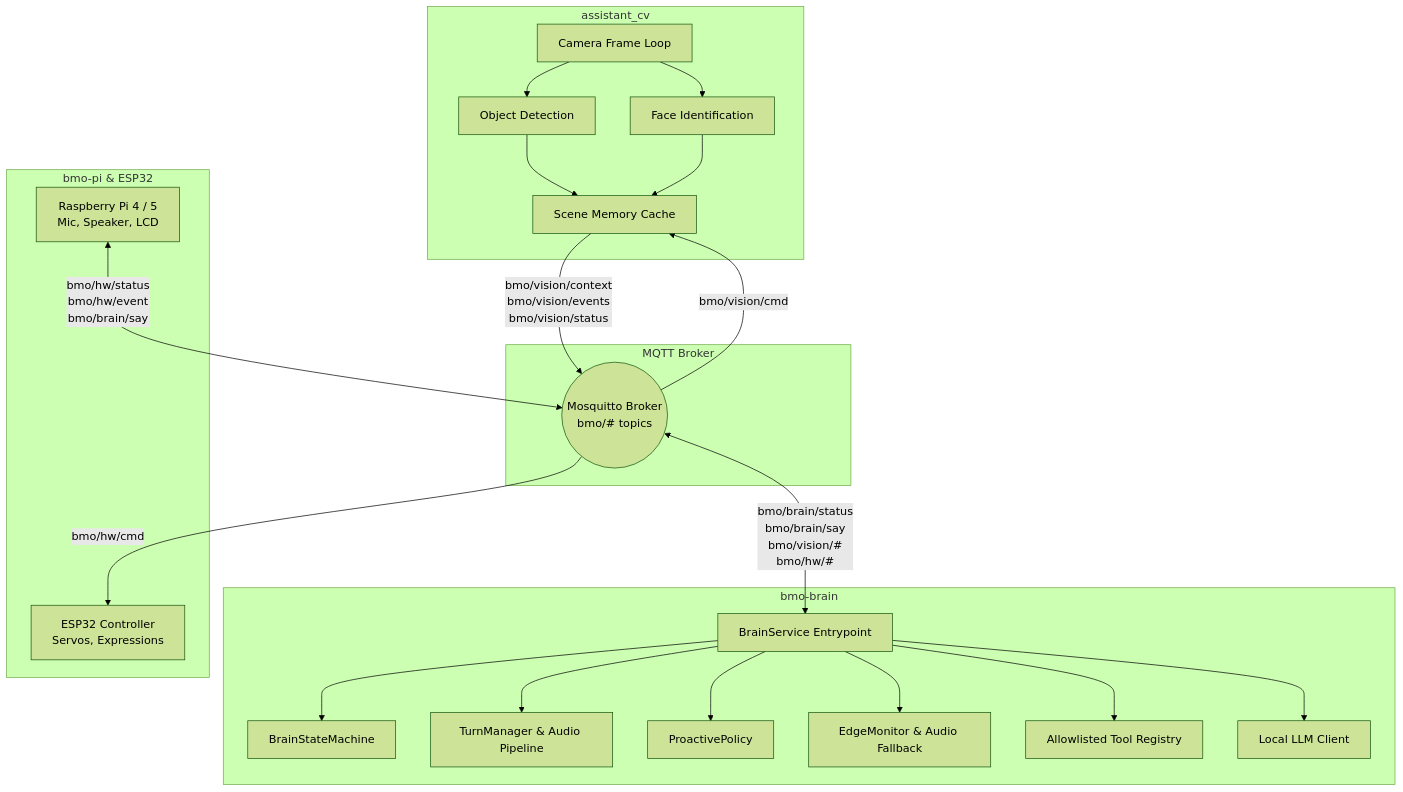
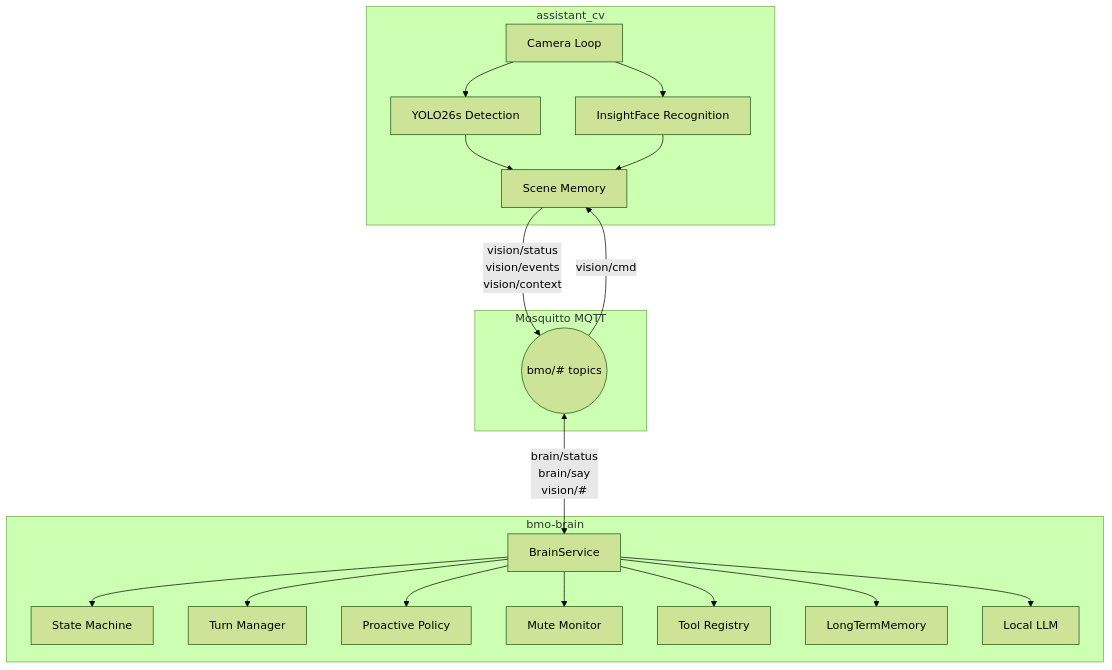
One commit to Amine-Sai/BMO-SMART-COMPANION changed the diagram in README.md. Above: the diagram before and after it, drawn with Mermaid (forest theme). The commit also changed other lines of this file and 1 other file, not shown here.

````diff
--- a/README.md
+++ b/README.md
@@ -9,40 +108,30 @@
 ```mermaid
 flowchart TD
-    subgraph Vision Node [assistant_cv]
-        CAM[Camera Frame Loop]
-        YOLO[Object Detection]
-        FACE[Face Identification]
-        MEM[Scene Memory Cache]
-        CAM --> YOLO & FACE
-        YOLO & FACE --> MEM
+    subgraph Vision[assistant_cv]
+        CAM[Camera Loop]
+        YOLO[YOLO26s Detection]
+        FACE[InsightFace Recognition]
+        MEM[Scene Memory]
+        CAM --> YOLO & FACE --> MEM
     end
 
-    subgraph Messaging [MQTT Broker]
-        BROKER((Mosquitto Broker\nbmo/# topics))
+    subgraph Broker[Mosquitto MQTT]
+        MQTT((bmo/# topics))
     end
 
-    subgraph Brain Node [bmo-brain]
-        B_MAIN[BrainService Entrypoint]
-        SM[BrainStateMachine]
-        TURN[TurnManager & Audio Pipeline]
-        POL[ProactivePolicy]
-        EDGE_MON[EdgeMonitor & Audio Fallback]
-        TOOLS[Allowlisted Tool Registry]
-        LLM[Local LLM Client]
-
-        B_MAIN --> SM & TURN & POL & EDGE_MON & TOOLS & LLM
+    subgraph Brain[bmo-brain]
+        MAIN[BrainService]
+        SM[State Machine]
+        TURN[Turn Manager]
+        POL[Proactive Policy]
+        MUTE[Mute Monitor]
+        TOOLS[Tool Registry]
+        LTM[LongTermMemory]
+        LLM[Local LLM]
+        MAIN --> SM & TURN & POL & MUTE & TOOLS & LTM & LLM
     end
 
-    subgraph Edge Body [bmo-pi & ESP32]
-        PI[Raspberry Pi 4 / 5\nMic, Speaker, LCD]
-        ESP[ESP32 Controller\nServos, Expressions]
-    end
-
-    MEM -->|bmo/vision/context\nbmo/vision/events\nbmo/vision/status| BROKER
-    BROKER -->|bmo/vision/cmd| MEM
-
-    BROKER <-->|bmo/brain/status\nbmo/brain/say\nbmo/vision/#\nbmo/hw/#| B_MAIN
-
-    PI <-->|bmo/hw/status\nbmo/hw/event\nbmo/brain/say| BROKER
-    BROKER -->|bmo/hw/cmd| ESP
+    MEM -->|vision/status<br/>vision/events<br/>vision/context| MQTT
+    MQTT -->|vision/cmd| MEM
+    MQTT <-->|brain/status<br/>brain/say<br/>vision/#| MAIN
 ```
````
